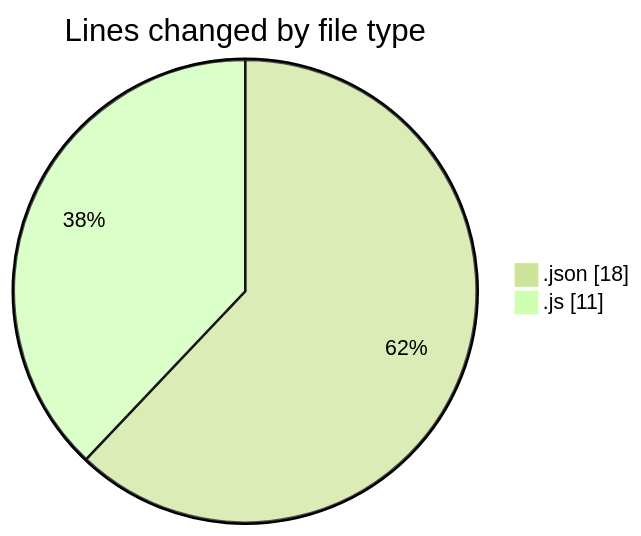
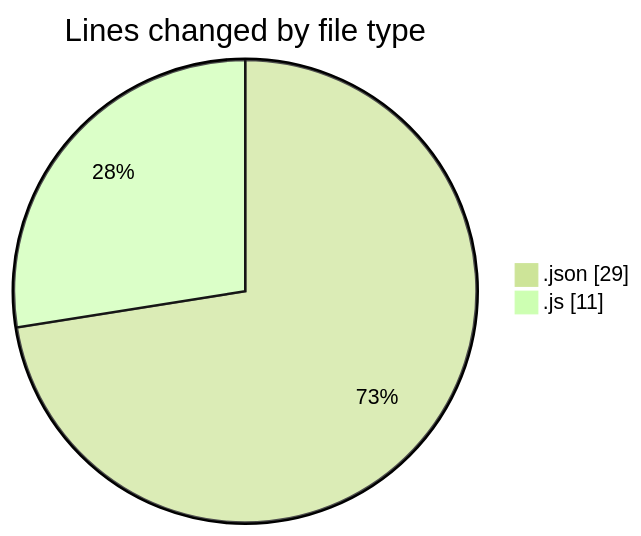
One commit to Ritupan-Deka/code-tracking changed the first of 2 diagrams in 2025-07-16/mern-workoutboard/README.md. Above: the diagram before and after it, drawn with Mermaid (forest theme). The commit also changed other lines of this file and 1 other file, not shown here.

````diff
--- a/2025-07-16/mern-workoutboard/README.md
+++ b/2025-07-16/mern-workoutboard/README.md
@@ -21,6 +21,6 @@
 ```mermaid
 pie showData
 title Lines changed by file type
-".json" : 18
+".json" : 29
 ".js" : 11
 ```
````
